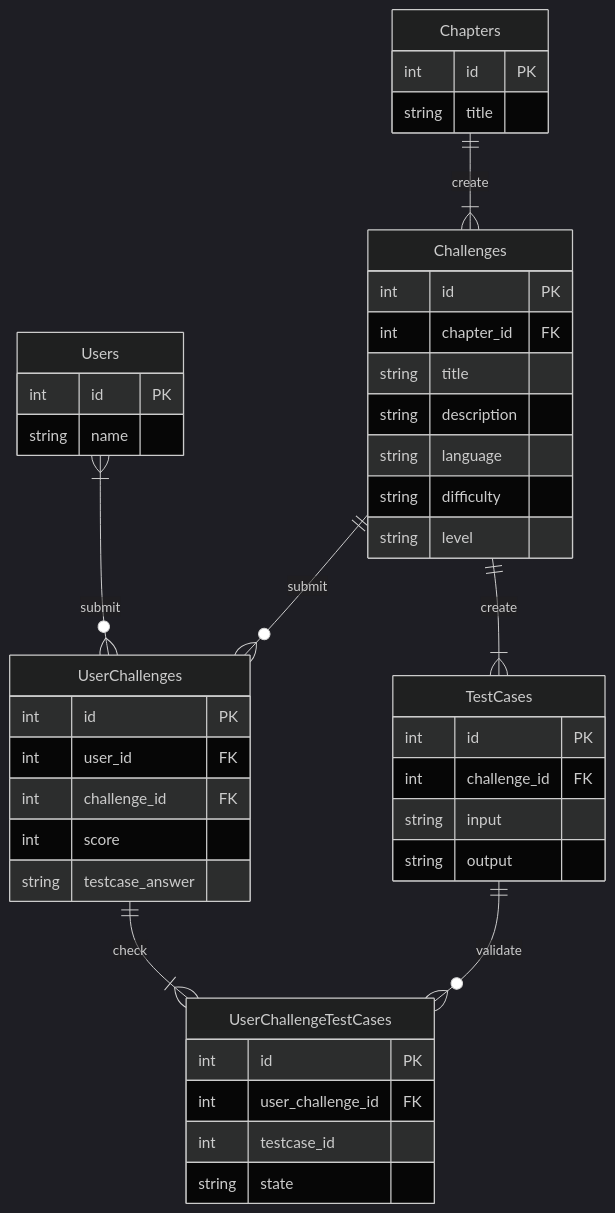
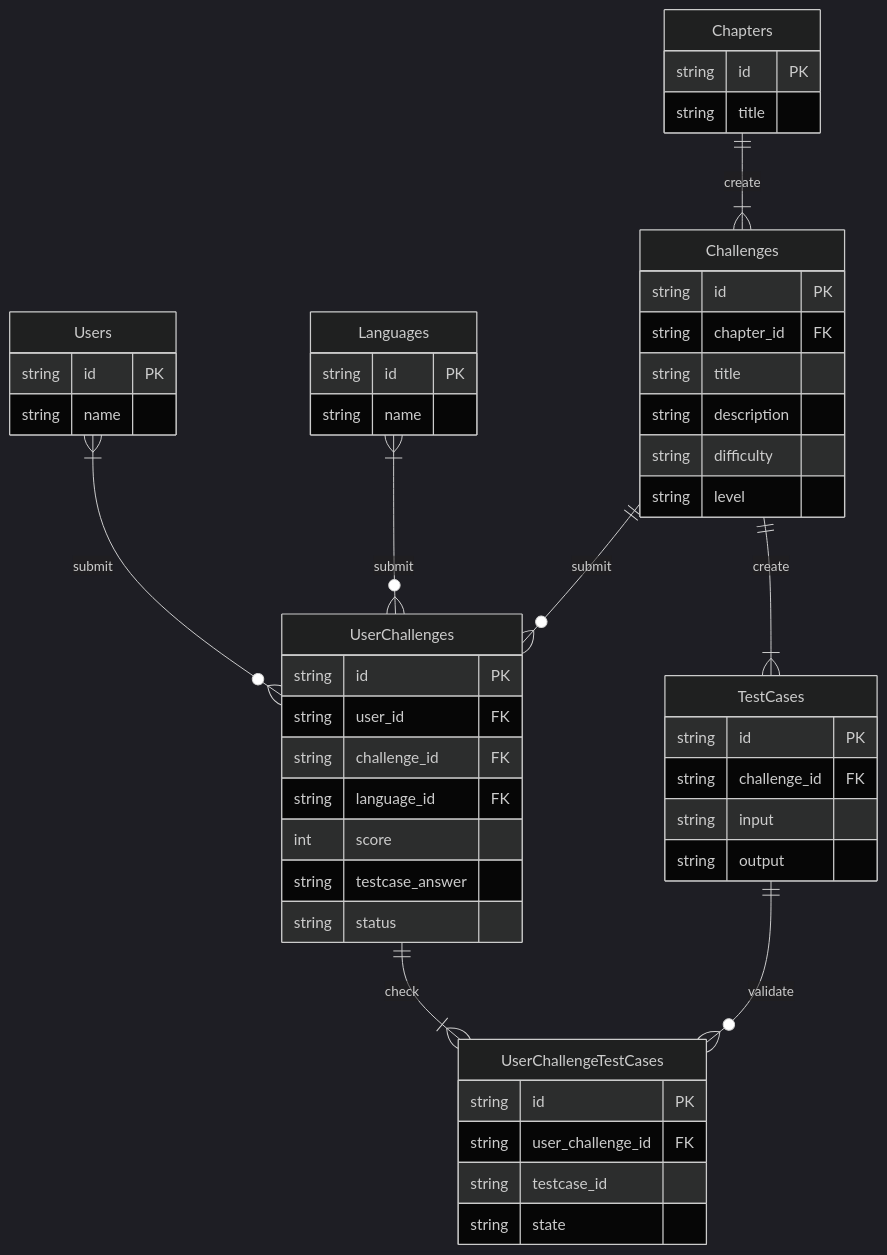
One commit to momedz/grader-nest changed the diagram in ER-Diagram.md. Above: the diagram before and after it, drawn with Mermaid (dark theme). The commit also changed 39 other files, not shown here.

````diff
--- a/ER-Diagram.md
+++ b/ER-Diagram.md
@@ -1,46 +1,51 @@
 ```mermaid
 erDiagram
   Users {
-    int id PK
+    string id PK
+    string name
+  }
+  Languages {
+    string id PK
     string name
   }
   UserChallenges {
-    int id PK
-    int user_id FK
-    int challenge_id FK
+    string id PK
+    string user_id FK
+    string challenge_id FK
+    string language_id FK
     int score
     string testcase_answer
+    string status
   }
   UserChallengeTestCases {
-    int id PK
-    int user_challenge_id FK
-    int testcase_id
+    string id PK
+    string user_challenge_id FK
+    string testcase_id
     string state
   }
   Chapters {
-    int id PK
+    string id PK
     string title
   }
   Challenges {
-    int id PK
-    int chapter_id FK
+    string id PK
+    string chapter_id FK
     string title
     string description
-    string language
     string difficulty
     string level
   }
   TestCases {
-    int id PK
-    int challenge_id FK
+    string id PK
+    string challenge_id FK
     string input
     string output
   }
   Users }|--o{ UserChallenges : submit
+  Languages }|--o{ UserChallenges : submit
   UserChallenges ||--|{ UserChallengeTestCases : check
   Chapters ||--|{ Challenges : create
   Challenges ||--|{ TestCases : create
   Challenges ||--o{ UserChallenges : submit
   TestCases ||--o{ UserChallengeTestCases : validate
-
 ```
````
